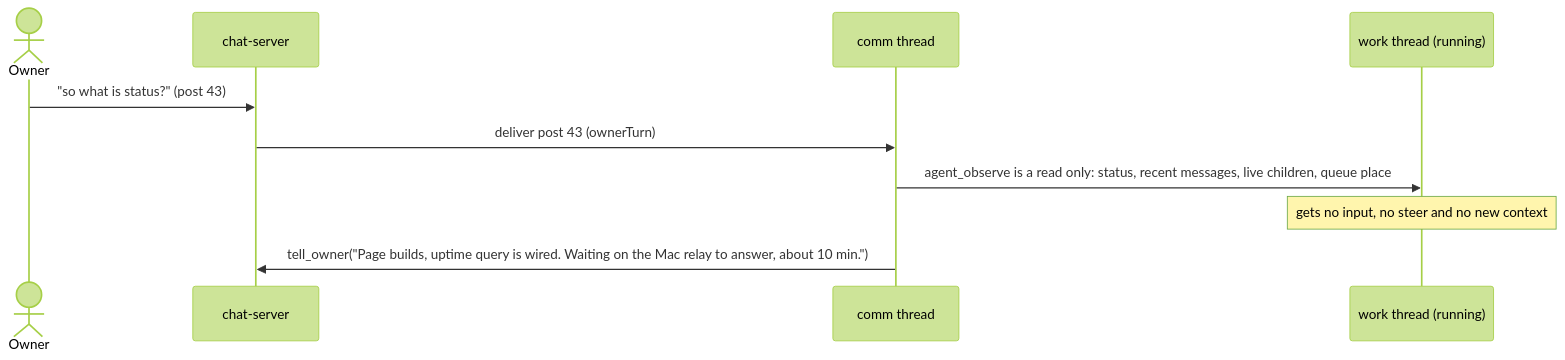
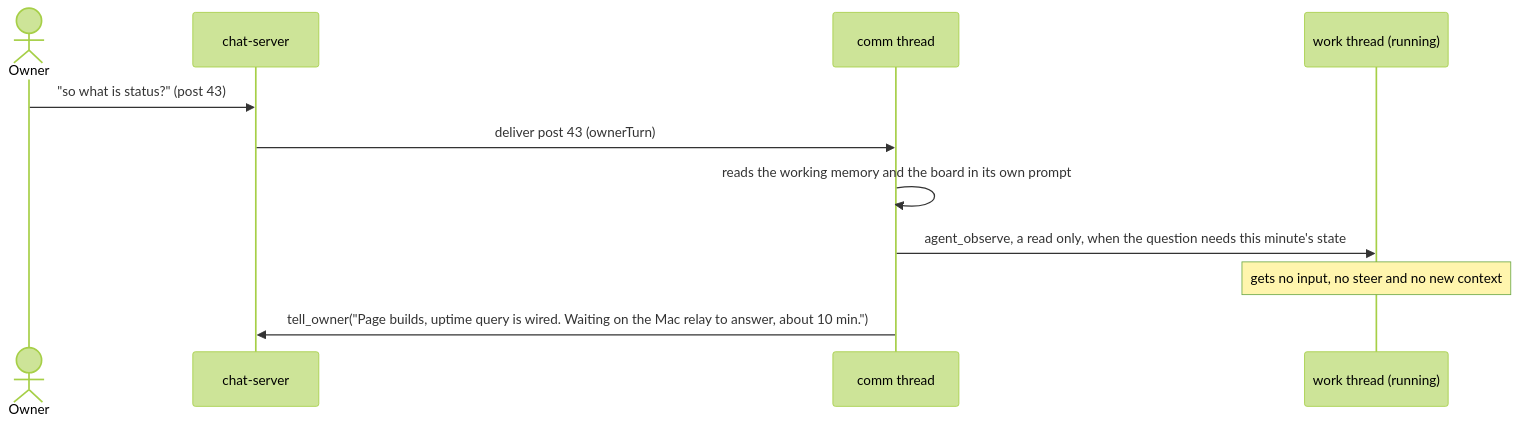
Before and after one commit to sieu-n/sieun-pi: the third of 6 diagrams in apps/chat/docs/agent-model.md, drawn with Mermaid (forest theme). The commit also changed other lines of this file and 4 other files, not shown here.

First line of the commit message:
feat(pi-host): every thread of an agent reads its working memory, and only its work thread writes it

````diff
--- a/apps/chat/docs/agent-model.md
+++ b/apps/chat/docs/agent-model.md
@@ -154,12 +154,13 @@
 ```mermaid
 sequenceDiagram
   actor O as Owner
   participant S as chat-server
   participant C as comm thread
   participant K as work thread (running)
   O->>S: "so what is status?" (post 43)
   S->>C: deliver post 43 (ownerTurn)
-  C->>K: agent_observe is a read only: status, recent messages, live children, queue place
+  C->>C: reads the working memory and the board in its own prompt
+  C->>K: agent_observe, a read only, when the question needs this minute's state
   Note over K: gets no input, no steer and no new context
   C->>S: tell_owner("Page builds, uptime query is wired. Waiting on the Mac relay to answer, about 10 min.")
 ```
````
